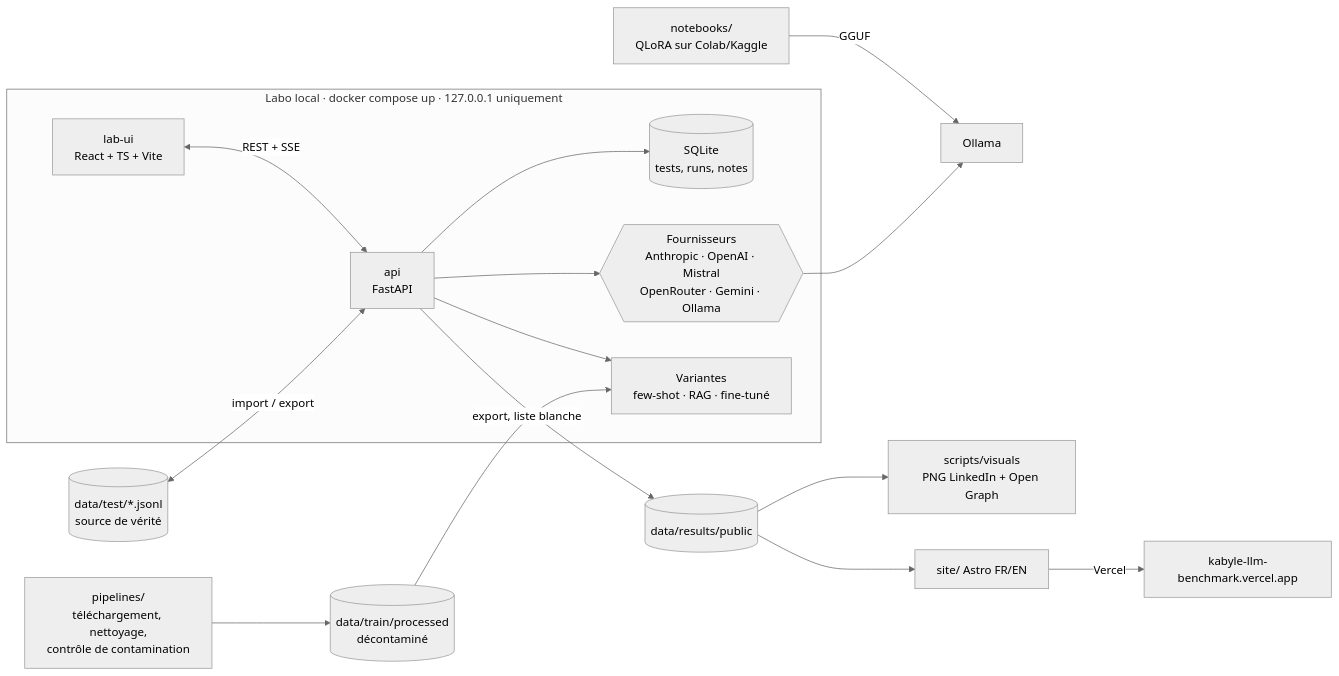
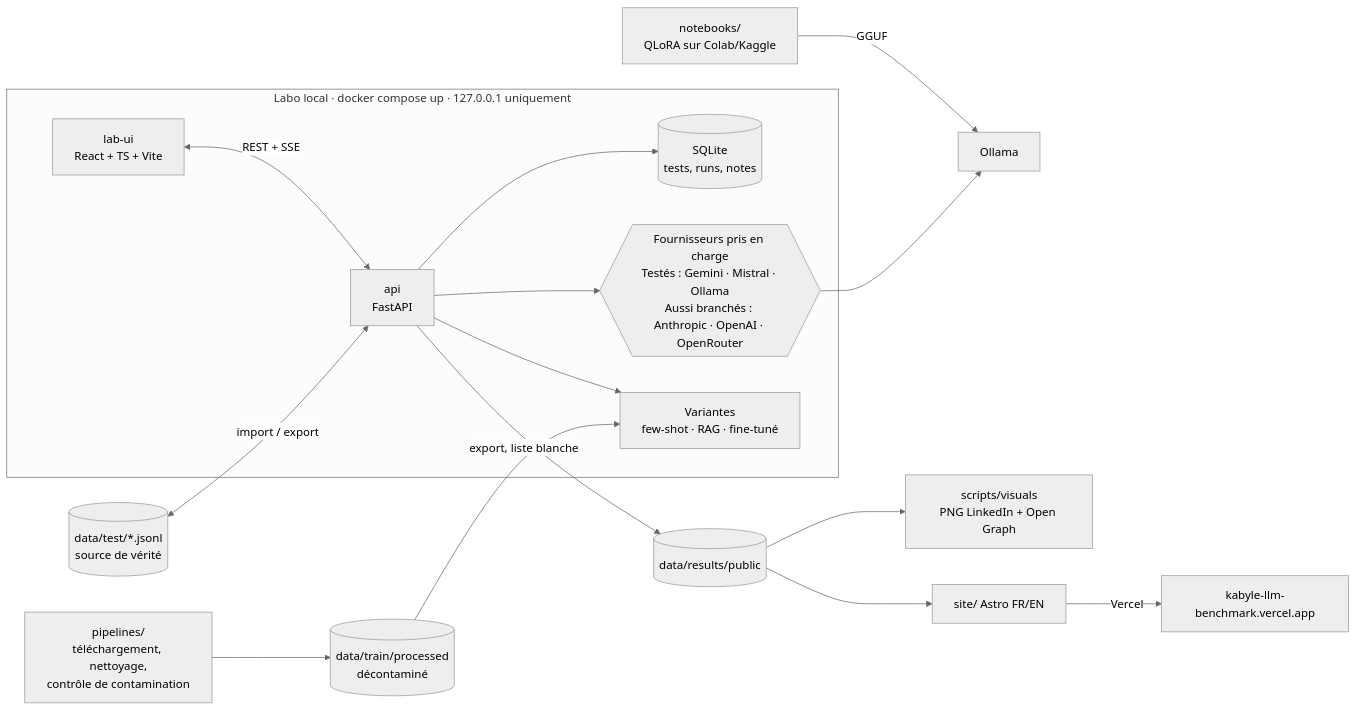
One commit to hasdaouiryma16-cmd/kabyle-llm-benchmark changed the diagram in README.md. Above: the diagram before and after it, drawn with Mermaid (neutral theme). The commit also changed 1 other file, not shown here.

Commit message:
README : fournisseurs testés distingués des connecteurs disponibles

````diff
--- a/README.md
+++ b/README.md
@@ -45,17 +45,17 @@
 ```mermaid
 flowchart LR
   subgraph LAB["Labo local · docker compose up · 127.0.0.1 uniquement"]
     UI["lab-ui<br/>React + TS + Vite"] <-->|"REST + SSE"| API["api<br/>FastAPI"]
     API --> DB[("SQLite<br/>tests, runs, notes")]
-    API --> P{{"Fournisseurs<br/>Anthropic · OpenAI · Mistral<br/>OpenRouter · Gemini · Ollama"}}
+    API --> P{{"Fournisseurs pris en charge<br/>Testés : Gemini · Mistral · Ollama<br/>Aussi branchés : Anthropic · OpenAI · OpenRouter"}}
     API --> V["Variantes<br/>few-shot · RAG · fine-tuné"]
   end
   T[("data/test/*.jsonl<br/>source de vérité")] <-->|"import / export"| API
   TR[("data/train/processed<br/>décontaminé")] --> V
   PIPE["pipelines/<br/>téléchargement, nettoyage,<br/>contrôle de contamination"] --> TR
   NB["notebooks/<br/>QLoRA sur Colab/Kaggle"] -->|"GGUF"| OL["Ollama"]
   P --> OL
   API -->|"export, liste blanche"| R[("data/results/public")]
   R --> VIS["scripts/visuals<br/>PNG LinkedIn + Open Graph"]
   R --> S["site/ Astro FR/EN"] -->|"Vercel"| GP["kabyle-llm-benchmark.vercel.app"]
 ```
````
